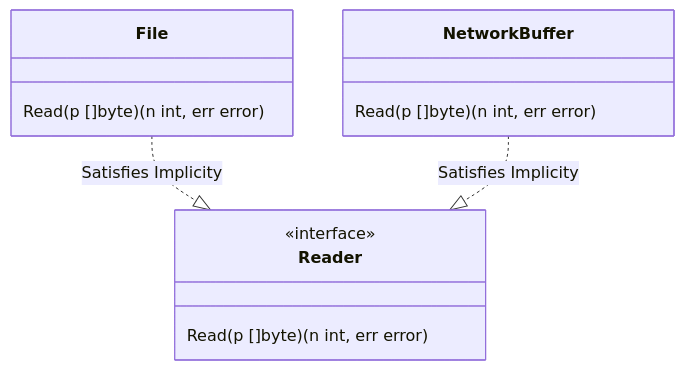
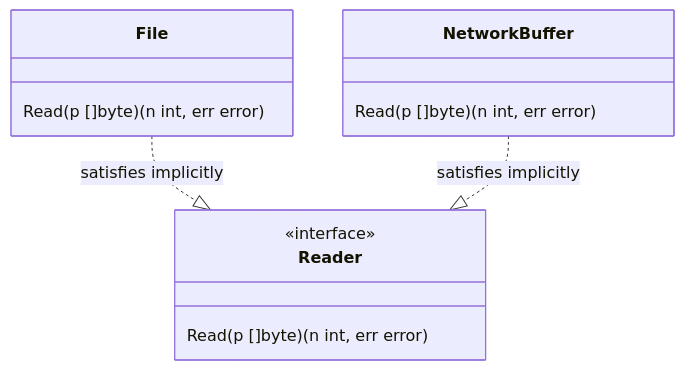
One commit to syahputrawork98-sketch/Golang-Knowledge-Base changed the diagram in RAK-04-core-mechanics/SR-01-design-philosophy/BK-03-compositional-logic/CH-01_ImplicitSatisfaction/README.md. Above: the diagram before and after it, drawn with Mermaid. The commit also changed other lines of this file and 19 other files, not shown here.

Commit message:
add : SR-02-architecture-patterns

````diff
--- a/RAK-04-core-mechanics/SR-01-design-philosophy/BK-03-compositional-logic/CH-01_ImplicitSatisfaction/README.md
+++ b/RAK-04-core-mechanics/SR-01-design-philosophy/BK-03-compositional-logic/CH-01_ImplicitSatisfaction/README.md
@@ -22,15 +33,15 @@
 ```mermaid
 classDiagram
     class Reader {
         <<interface>>
         Read(p []byte) (n int, err error)
     }
     class File {
         Read(p []byte) (n int, err error)
     }
     class NetworkBuffer {
         Read(p []byte) (n int, err error)
     }
-    File ..|> Reader : Satisfies Implicity
-    NetworkBuffer ..|> Reader : Satisfies Implicity
+    File ..|> Reader : satisfies implicitly
+    NetworkBuffer ..|> Reader : satisfies implicitly
 ```
````
